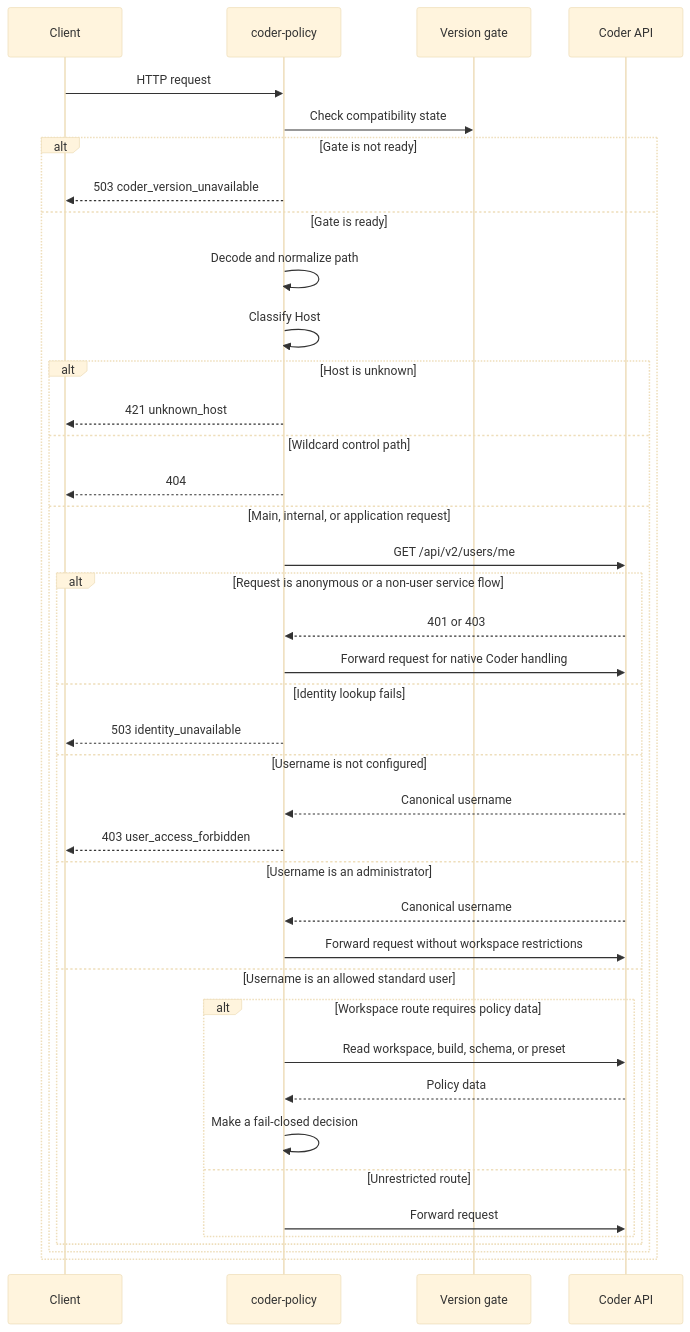
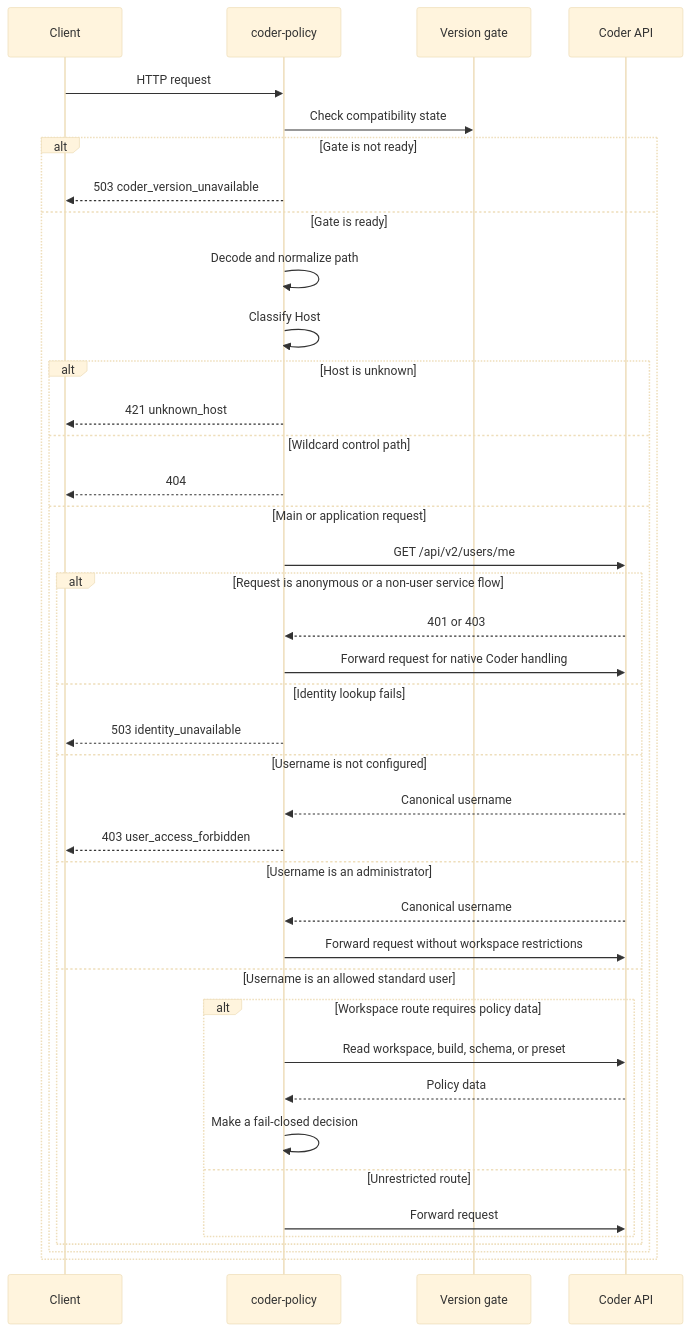
The second of 3 diagrams in docs/architecture.md (thomas-illiet/coder-rbac), drawn with Mermaid (base theme) before and after one commit. The commit also changed other lines of this file and 29 other files, not shown here.

````diff
--- a/docs/architecture.md
+++ b/docs/architecture.md
@@ -83,43 +83,43 @@
 ```mermaid
 sequenceDiagram
     participant Client
     participant Proxy as coder-policy
     participant Gate as Version gate
     participant API as Coder API
 
     Client->>Proxy: HTTP request
     Proxy->>Gate: Check compatibility state
     alt Gate is not ready
         Proxy-->>Client: 503 coder_version_unavailable
     else Gate is ready
         Proxy->>Proxy: Decode and normalize path
         Proxy->>Proxy: Classify Host
         alt Host is unknown
             Proxy-->>Client: 421 unknown_host
         else Wildcard control path
             Proxy-->>Client: 404
-        else Main, internal, or application request
+        else Main or application request
             Proxy->>API: GET /api/v2/users/me
             alt Request is anonymous or a non-user service flow
                 API-->>Proxy: 401 or 403
                 Proxy->>API: Forward request for native Coder handling
             else Identity lookup fails
                 Proxy-->>Client: 503 identity_unavailable
             else Username is not configured
                 API-->>Proxy: Canonical username
                 Proxy-->>Client: 403 user_access_forbidden
             else Username is an administrator
                 API-->>Proxy: Canonical username
                 Proxy->>API: Forward request without workspace restrictions
             else Username is an allowed standard user
                 alt Workspace route requires policy data
                     Proxy->>API: Read workspace, build, schema, or preset
                     API-->>Proxy: Policy data
                     Proxy->>Proxy: Make a fail-closed decision
                 else Unrestricted route
                     Proxy->>API: Forward request
                 end
             end
         end
     end
 ```
````
